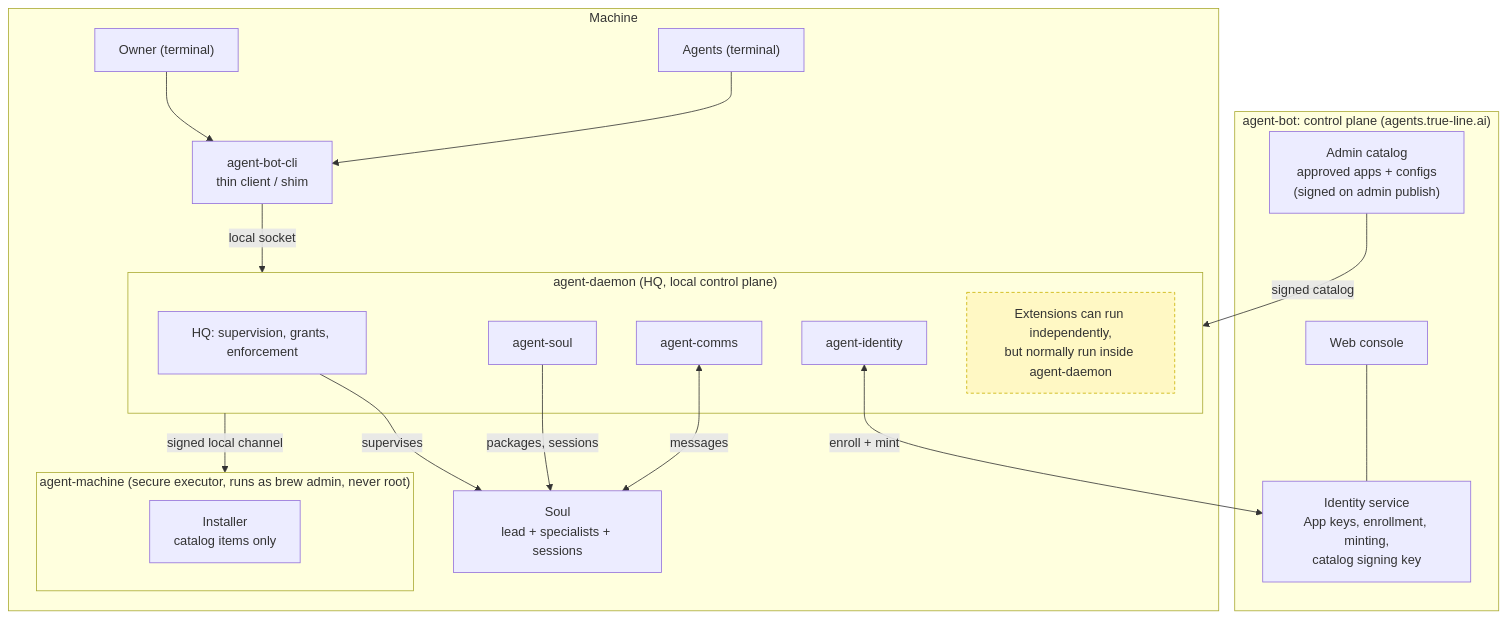
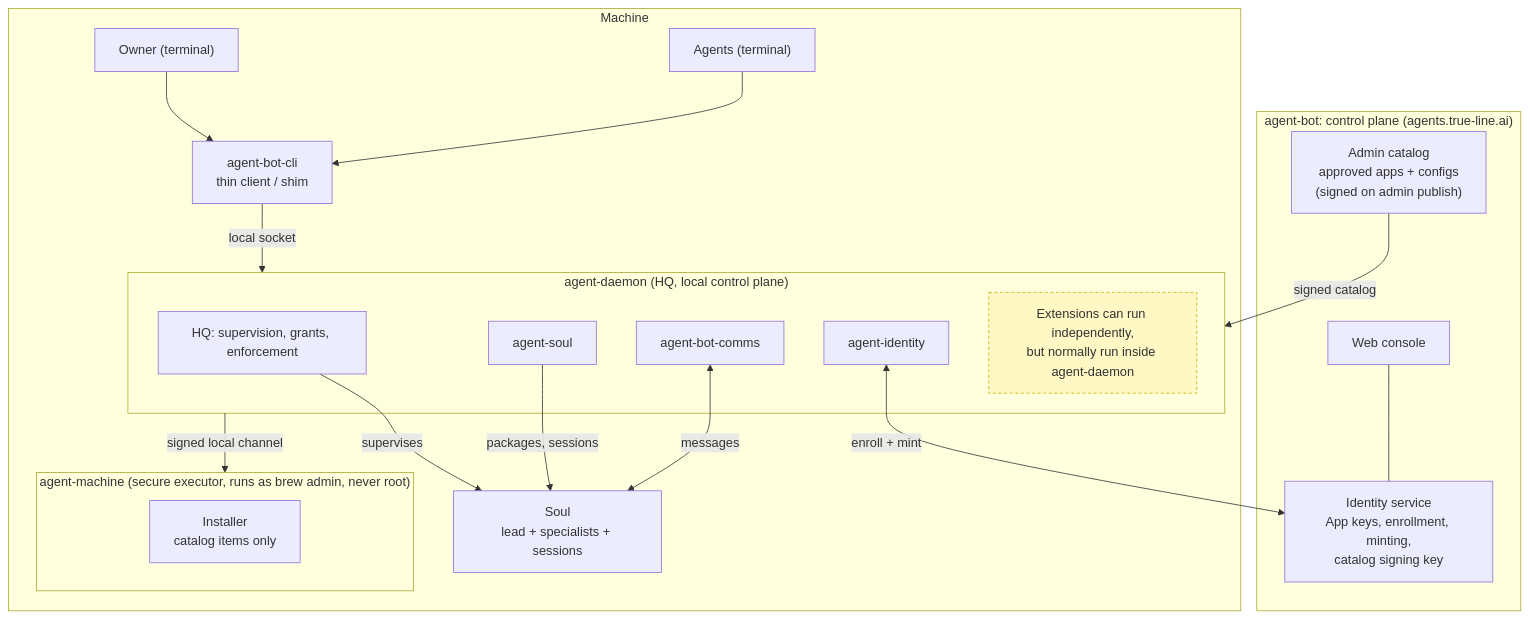
Before and after one commit to true-line/agent-bot-platform: the diagram in docs/03-architecture/assets/architecture.mmd, drawn with Mermaid. The commit also changed 33 other files, not shown here.

First line of the commit message:
PDR-0040: cover the agent-comms and agent-bot-identity transfers

```diff
--- a/docs/03-architecture/assets/architecture.mmd
+++ b/docs/03-architecture/assets/architecture.mmd
@@ -1,35 +1,35 @@
 flowchart TB
   subgraph Remote["agent-bot: control plane (agents.true-line.ai)"]
     ID["Identity service<br/>App keys, enrollment, minting,<br/>catalog signing key"]
     WEB["Web console"]
     CAT["Admin catalog<br/>approved apps + configs<br/>(signed on admin publish)"]
   end
 
   subgraph Machine["Machine"]
     USER["Owner (terminal)"]
     AGENT["Agents (terminal)"]
     CLI["agent-bot-cli<br/>thin client / shim"]
     subgraph Daemon["agent-daemon (HQ, local control plane)"]
       HQ["HQ: supervision, grants, enforcement"]
       AI["agent-identity"]
       AS["agent-soul"]
-      AC["agent-comms"]
+      AC["agent-bot-comms"]
       NOTE["Extensions can run independently,<br/>but normally run inside agent-daemon"]
     end
     subgraph Exec["agent-machine (secure executor, runs as brew admin, never root)"]
       INST["Installer<br/>catalog items only"]
     end
     Soul["Soul<br/>lead + specialists + sessions"]
   end
 
   USER --> CLI
   AGENT --> CLI
   CLI -- "local socket" --> Daemon
   Daemon -- "signed local channel" --> Exec
   AI <-- "enroll + mint" --> ID
   WEB --- ID
   CAT -- "signed catalog" --> Daemon
   HQ -- "supervises" --> Soul
   AS -- "packages, sessions" --> Soul
   AC <-- "messages" --> Soul
   style NOTE fill:#fff8c4,stroke:#c9b200,stroke-dasharray: 4 3
```
